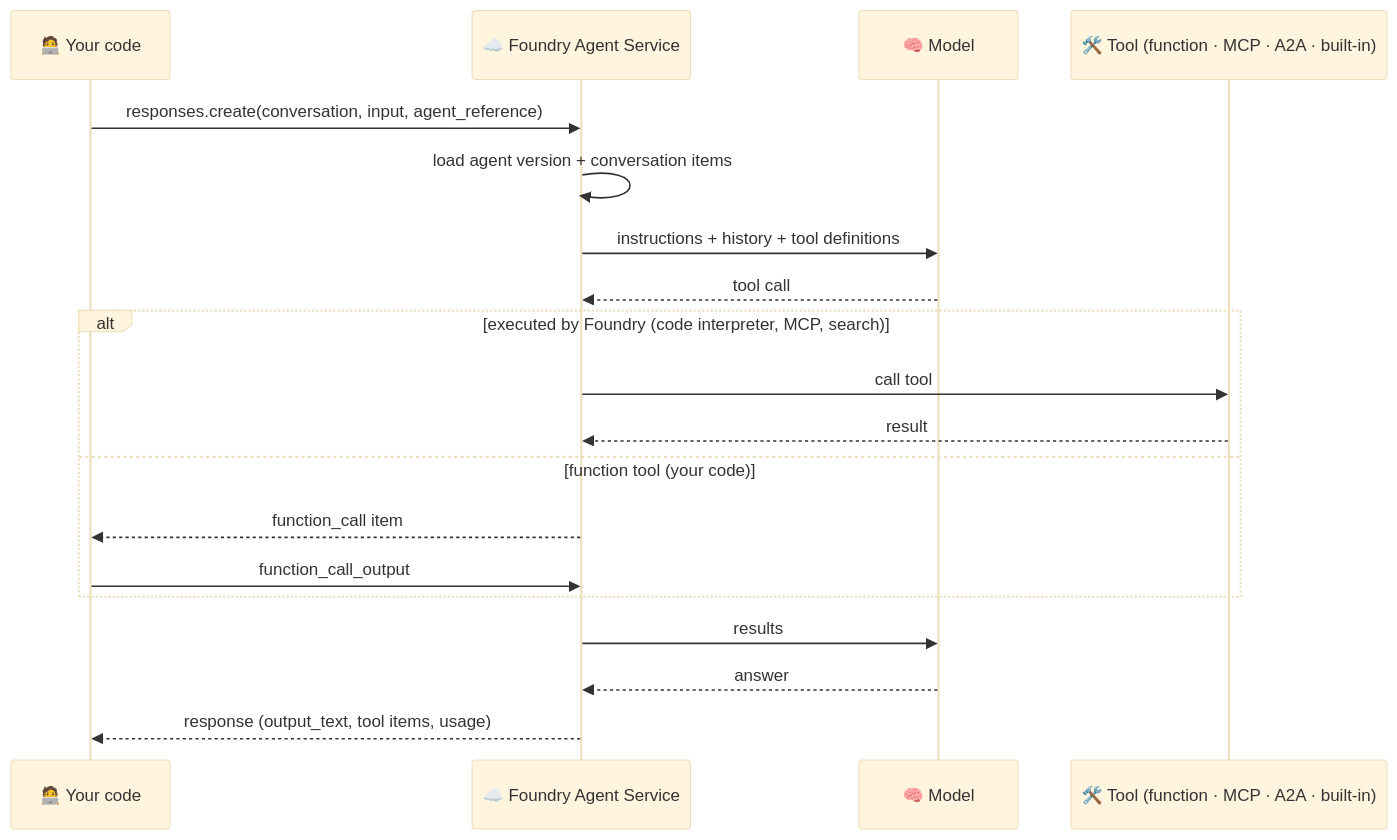
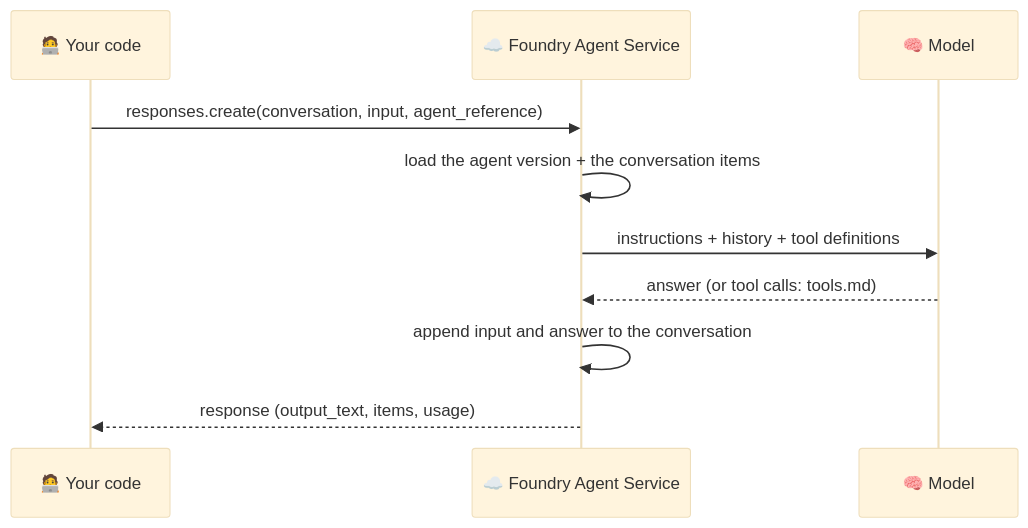
The first of 2 diagrams in docs/agents.md (nampacx/MS-Foundry-from-0-to-hero), drawn with Mermaid (base theme) before and after one commit. The commit also changed other lines of this file and 23 other files, not shown here.

````diff
--- a/docs/agents.md
+++ b/docs/agents.md
@@ -17,21 +18,12 @@
 ```mermaid
 sequenceDiagram
     participant C as 🧑‍💻 Your code
     participant F as ☁️ Foundry Agent Service
     participant M as 🧠 Model
-    participant T as 🛠️ Tool (function · MCP · A2A · built-in)
     C->>F: responses.create(conversation, input, agent_reference)
-    F->>F: load agent version + conversation items
+    F->>F: load the agent version + the conversation items
     F->>M: instructions + history + tool definitions
-    M-->>F: tool call
-    alt executed by Foundry (code interpreter, MCP, search)
-        F->>T: call tool
-        T-->>F: result
-    else function tool (your code)
-        F-->>C: function_call item
-        C->>F: function_call_output
-    end
-    F->>M: results
-    M-->>F: answer
-    F-->>C: response (output_text, tool items, usage)
+    M-->>F: answer (or tool calls: tools.md)
+    F->>F: append input and answer to the conversation
+    F-->>C: response (output_text, items, usage)
 ```
````
